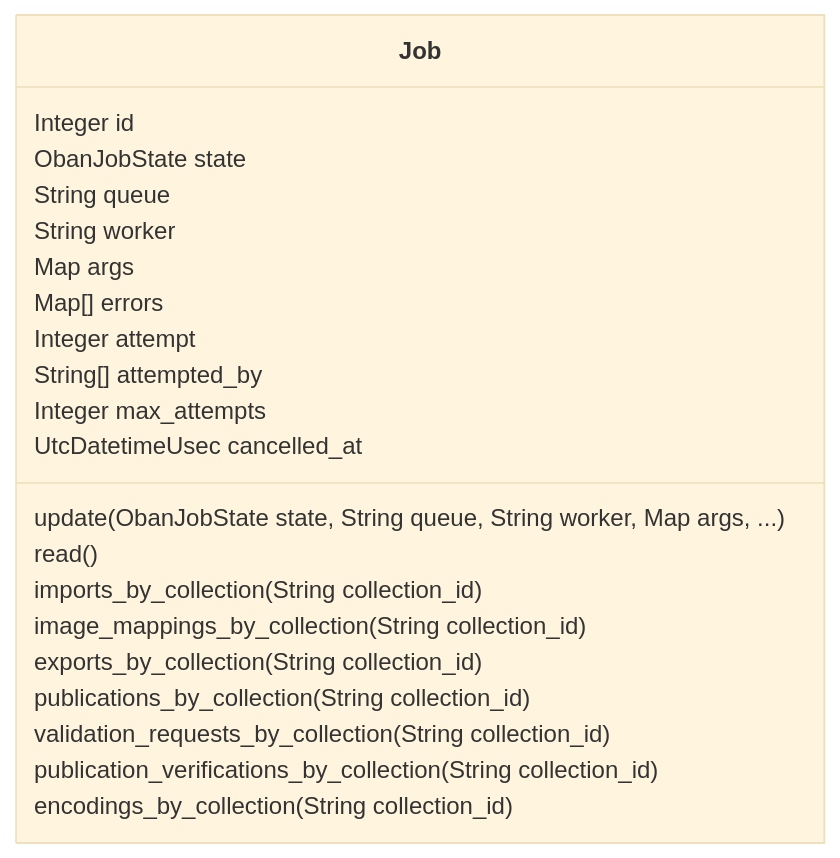
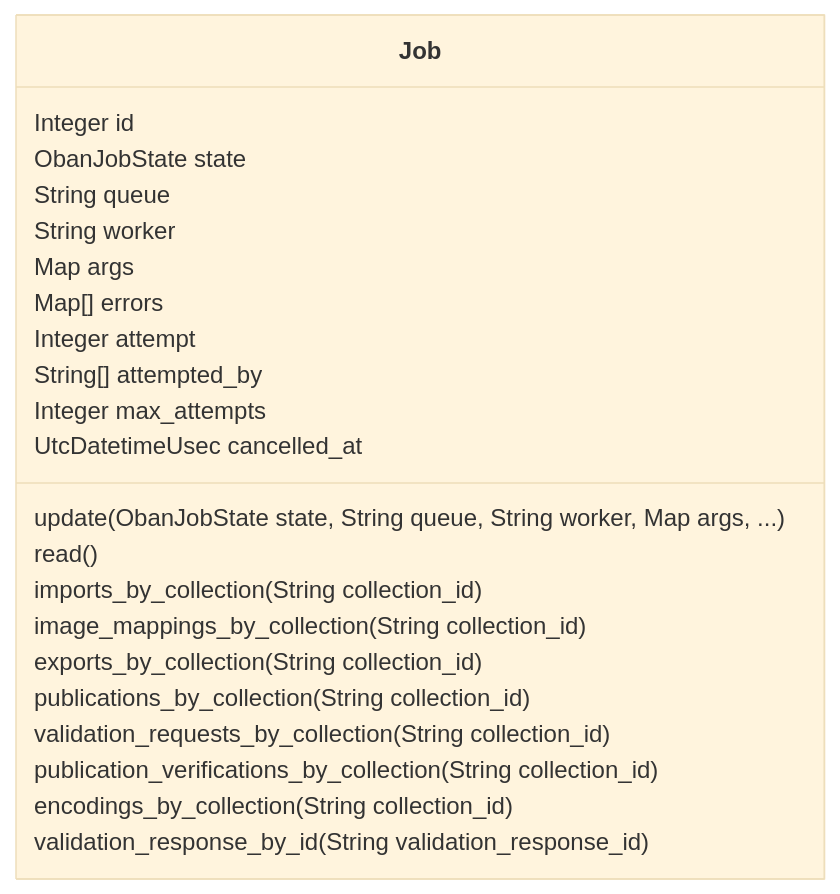
Before and after one commit to zebbra/data_aggregator: the diagram in lib/data_aggregator/jobs/jobs-mermaid-class-diagram.md, drawn with Mermaid (base theme). The commit also changed 9 other files, not shown here.

````diff
--- a/lib/data_aggregator/jobs/jobs-mermaid-class-diagram.md
+++ b/lib/data_aggregator/jobs/jobs-mermaid-class-diagram.md
@@ -1,27 +1,28 @@
 ```mermaid
 classDiagram
     class Job {
         Integer id
         ObanJobState state
         String queue
         String worker
         Map args
         Map[] errors
         Integer attempt
         String[] attempted_by
         Integer max_attempts
         UtcDatetimeUsec cancelled_at
         update(ObanJobState state, String queue, String worker, Map args, ...)
         read()
         imports_by_collection(String collection_id)
         image_mappings_by_collection(String collection_id)
         exports_by_collection(String collection_id)
         publications_by_collection(String collection_id)
         validation_requests_by_collection(String collection_id)
         publication_verifications_by_collection(String collection_id)
         encodings_by_collection(String collection_id)
+        validation_response_by_id(String validation_response_id)
     }
 
 
 
 ```
````
